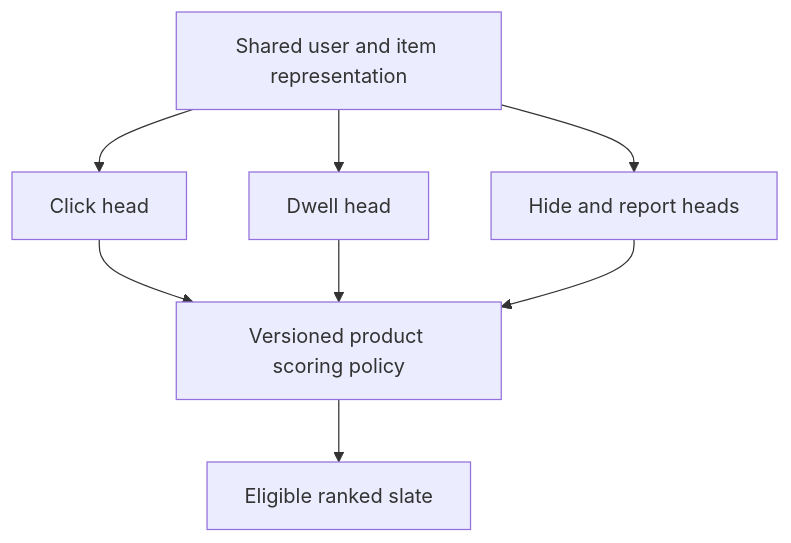
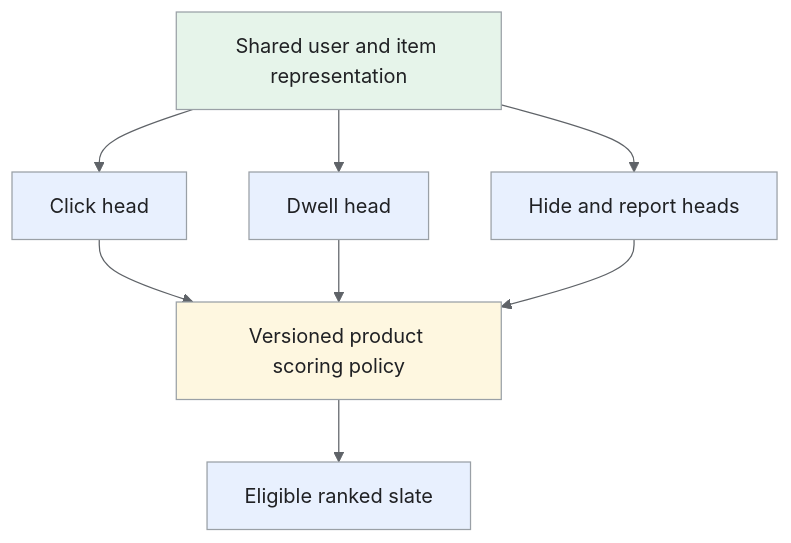
One commit to iliazlobin/iliazlobin.github.io changed the fourth of 4 diagrams in _designs/news-feed-ranking.md. Above: the diagram before and after it, drawn with Mermaid. The commit also changed other lines of this file and 25 other files, not shown here.

Commit message:
docs: explain Batch B design flows and tradeoffs

````diff
--- a/_designs/news-feed-ranking.md
+++ b/_designs/news-feed-ranking.md
@@ -227,10 +285,18 @@
 ```mermaid
+%%{init: {'theme':'base','themeVariables':{'primaryColor':'#e8f0fe','primaryTextColor':'#202124','primaryBorderColor':'#9aa0a6','lineColor':'#5f6368','secondaryColor':'#e6f4ea','tertiaryColor':'#fef7e0','actorBkg':'#e8f0fe','actorBorder':'#9aa0a6','actorTextColor':'#202124','noteBkgColor':'#fef7e0','noteTextColor':'#202124','noteBorderColor':'#9aa0a6','signalColor':'#5f6368','signalTextColor':'#202124','labelBoxBkgColor':'#fef7e0','labelBoxBorderColor':'#9aa0a6'}}}%%
 flowchart TB
     F["Shared user and item representation"] --> C["Click head"]
     F --> D["Dwell head"]
     F --> H["Hide and report heads"]
     C --> P["Versioned product scoring policy"]
     D --> P
     H --> P
     P --> R["Eligible ranked slate"]
+classDef request fill:#e8f0fe,stroke:#9aa0a6,color:#202124;
+classDef data fill:#e6f4ea,stroke:#9aa0a6,color:#202124;
+classDef control fill:#fef7e0,stroke:#9aa0a6,color:#202124;
+class C,D,H,R request;
+class F data;
+class P control;
+
 ```
````
